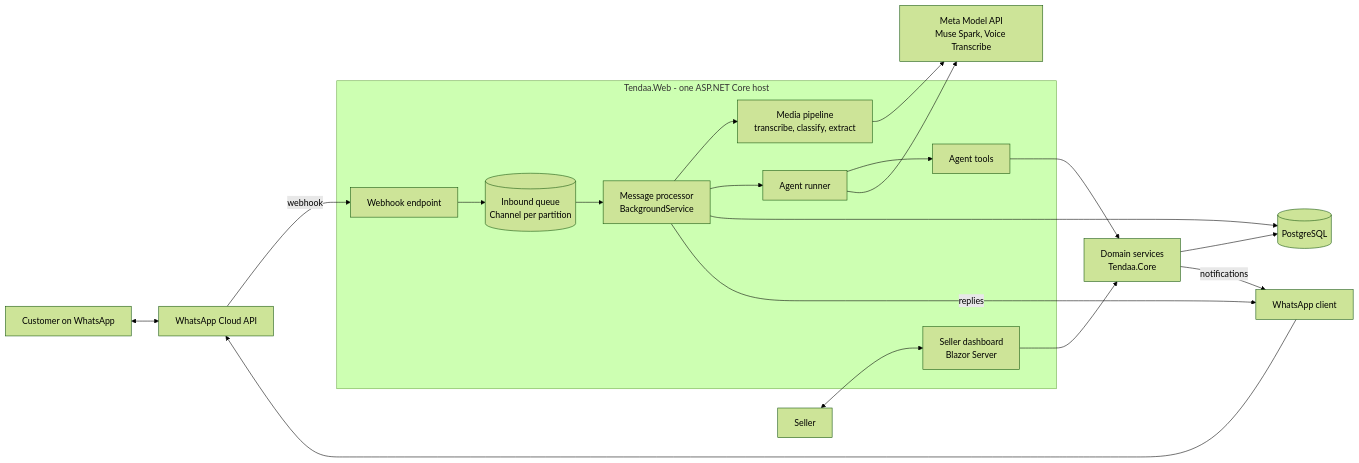
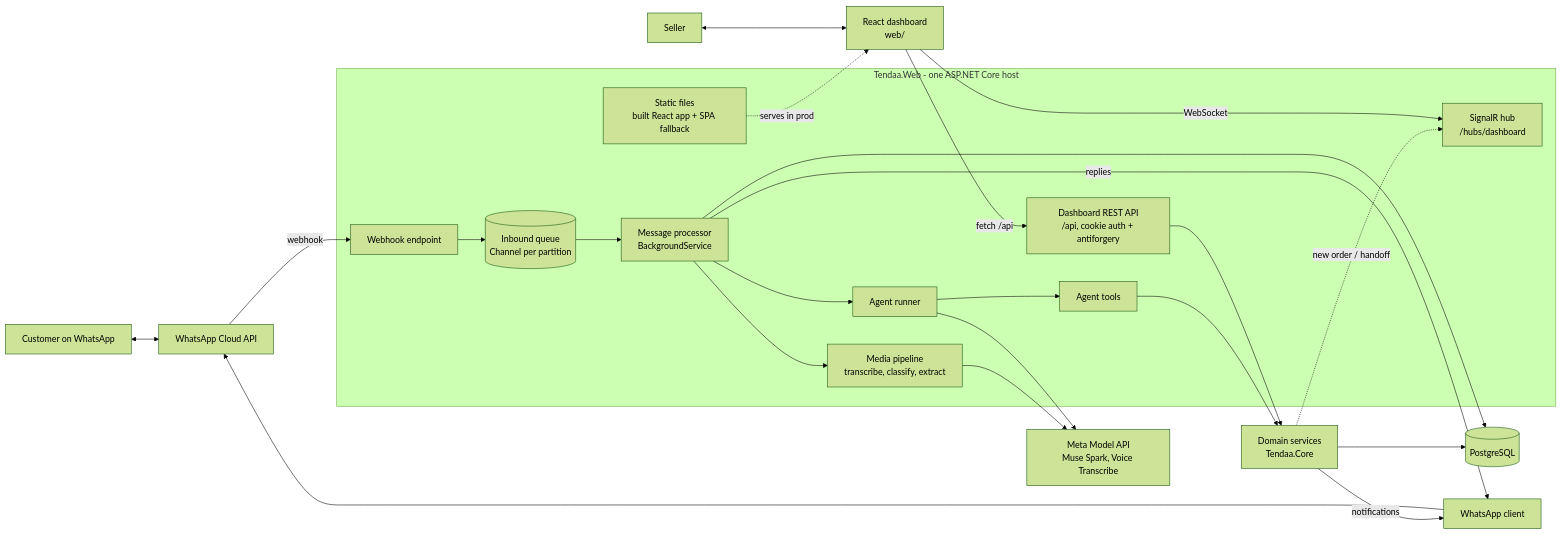
One commit to NIMICODER/tendaa-shop changed the first of 3 diagrams in ARCHITECTURE.md. Above: the diagram before and after it, drawn with Mermaid (forest theme). The commit also changed other lines of this file and 3 other files, not shown here.

Commit message:
docs: switch dashboard to React (web/)

````diff
--- a/ARCHITECTURE.md
+++ b/ARCHITECTURE.md
@@ -23,23 +23,29 @@
 ```mermaid
 flowchart LR
     C[Customer on WhatsApp] <--> WA[WhatsApp Cloud API]
     WA -- webhook --> WH[Webhook endpoint]
     subgraph Web[Tendaa.Web - one ASP.NET Core host]
         WH --> Q[(Inbound queue<br/>Channel per partition)]
         Q --> P[Message processor<br/>BackgroundService]
         P --> MP[Media pipeline<br/>transcribe, classify, extract]
         P --> AR[Agent runner]
         AR --> T[Agent tools]
-        D[Seller dashboard<br/>Blazor Server]
+        API[Dashboard REST API<br/>/api, cookie auth + antiforgery]
+        HUB[SignalR hub<br/>/hubs/dashboard]
+        STATIC[Static files<br/>built React app + SPA fallback]
     end
     T --> S[Domain services<br/>Tendaa.Core]
-    D --> S
+    API --> S
     S --> DB[(PostgreSQL)]
     P --> DB
     MP --> META[Meta Model API<br/>Muse Spark, Voice Transcribe]
     AR --> META
     P -- replies --> WAC[WhatsApp client]
     S -- notifications --> WAC
     WAC --> WA
-    SELLER[Seller] <--> D
+    S -. new order / handoff .-> HUB
+    SELLER[Seller] <--> BROWSER[React dashboard<br/>web/]
+    BROWSER -- fetch /api --> API
+    BROWSER -- WebSocket --> HUB
+    STATIC -. serves in prod .-> BROWSER
 ```
````
